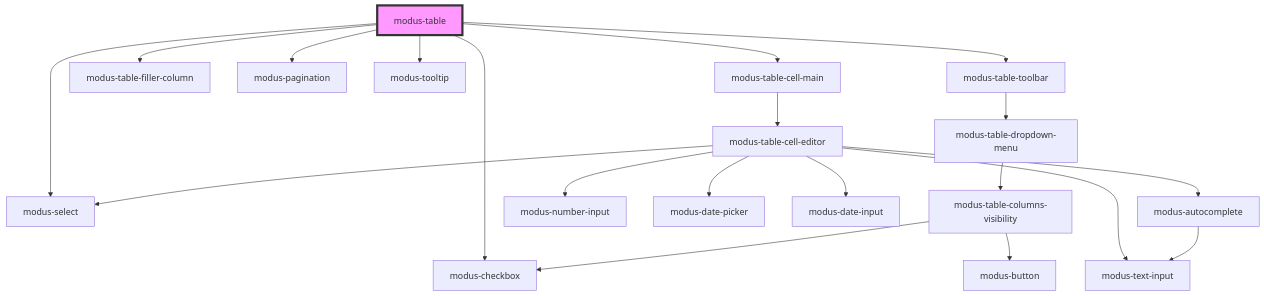
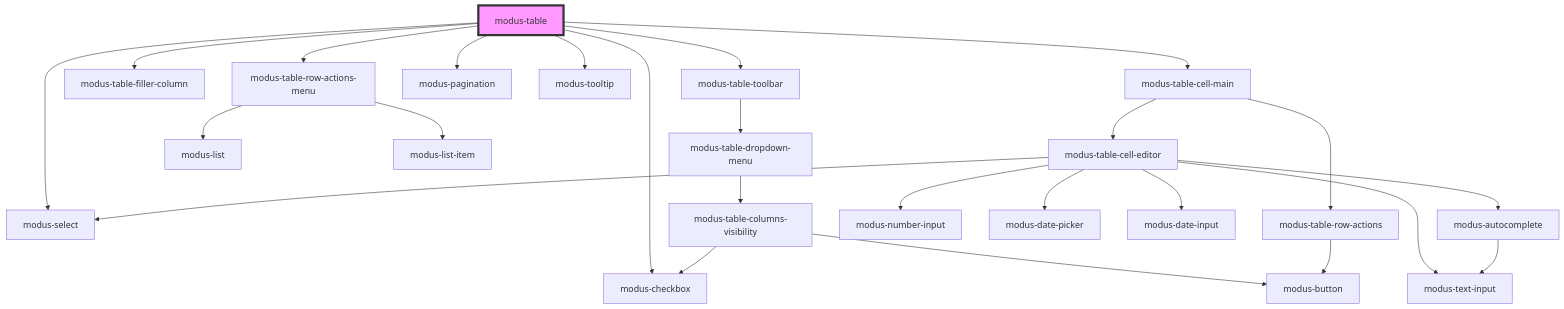
Before and after one commit to trimble-oss/modus-web-components: the diagram in stencil-workspace/src/components/modus-table/readme.md, drawn with Mermaid. The commit also changed other lines of this file and 42 other files, not shown here.

Commit message:
Added support for row actions in Modus Table

````diff
--- a/stencil-workspace/src/components/modus-table/readme.md
+++ b/stencil-workspace/src/components/modus-table/readme.md
@@ -93,23 +96,28 @@
 ```mermaid
 graph TD;
   modus-table --> modus-table-toolbar
   modus-table --> modus-table-filler-column
+  modus-table --> modus-table-row-actions-menu
   modus-table --> modus-select
   modus-table --> modus-pagination
   modus-table --> modus-tooltip
   modus-table --> modus-checkbox
   modus-table --> modus-table-cell-main
   modus-table-toolbar --> modus-table-dropdown-menu
   modus-table-dropdown-menu --> modus-table-columns-visibility
   modus-table-columns-visibility --> modus-checkbox
   modus-table-columns-visibility --> modus-button
+  modus-table-row-actions-menu --> modus-list
+  modus-table-row-actions-menu --> modus-list-item
+  modus-table-cell-main --> modus-table-row-actions
   modus-table-cell-main --> modus-table-cell-editor
+  modus-table-row-actions --> modus-button
   modus-table-cell-editor --> modus-number-input
   modus-table-cell-editor --> modus-text-input
   modus-table-cell-editor --> modus-select
   modus-table-cell-editor --> modus-date-picker
   modus-table-cell-editor --> modus-date-input
   modus-table-cell-editor --> modus-autocomplete
   modus-autocomplete --> modus-text-input
   style modus-table fill:#f9f,stroke:#333,stroke-width:4px
 ```
````
